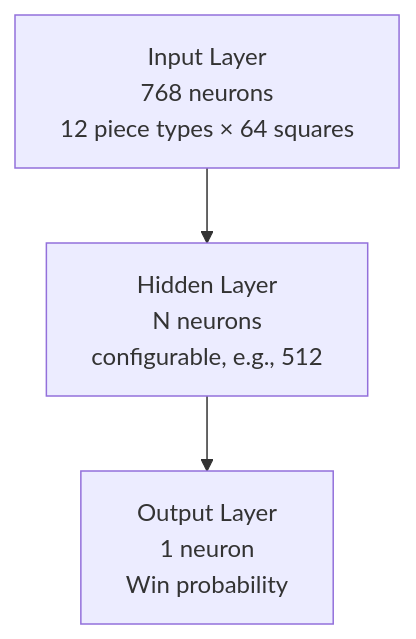
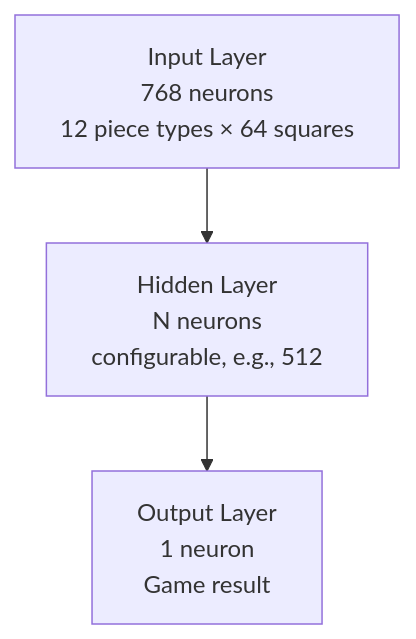
Before and after one commit to buildingwheels/ShallowGuess: the diagram in README.md, drawn with Mermaid. The commit also changed other lines of this file and 57 other files, not shown here.

````diff
--- a/README.md
+++ b/README.md
@@ -77,5 +49,5 @@
 ```mermaid
 graph TD
     A[Input Layer<br/>768 neurons<br/>12 piece types × 64 squares] --> B[Hidden Layer<br/>N neurons<br/>configurable, e.g., 512]
-    B --> C[Output Layer<br/>1 neuron<br/>Win probability]
+    B --> C[Output Layer<br/>1 neuron<br/>Game result]
 ```
````
